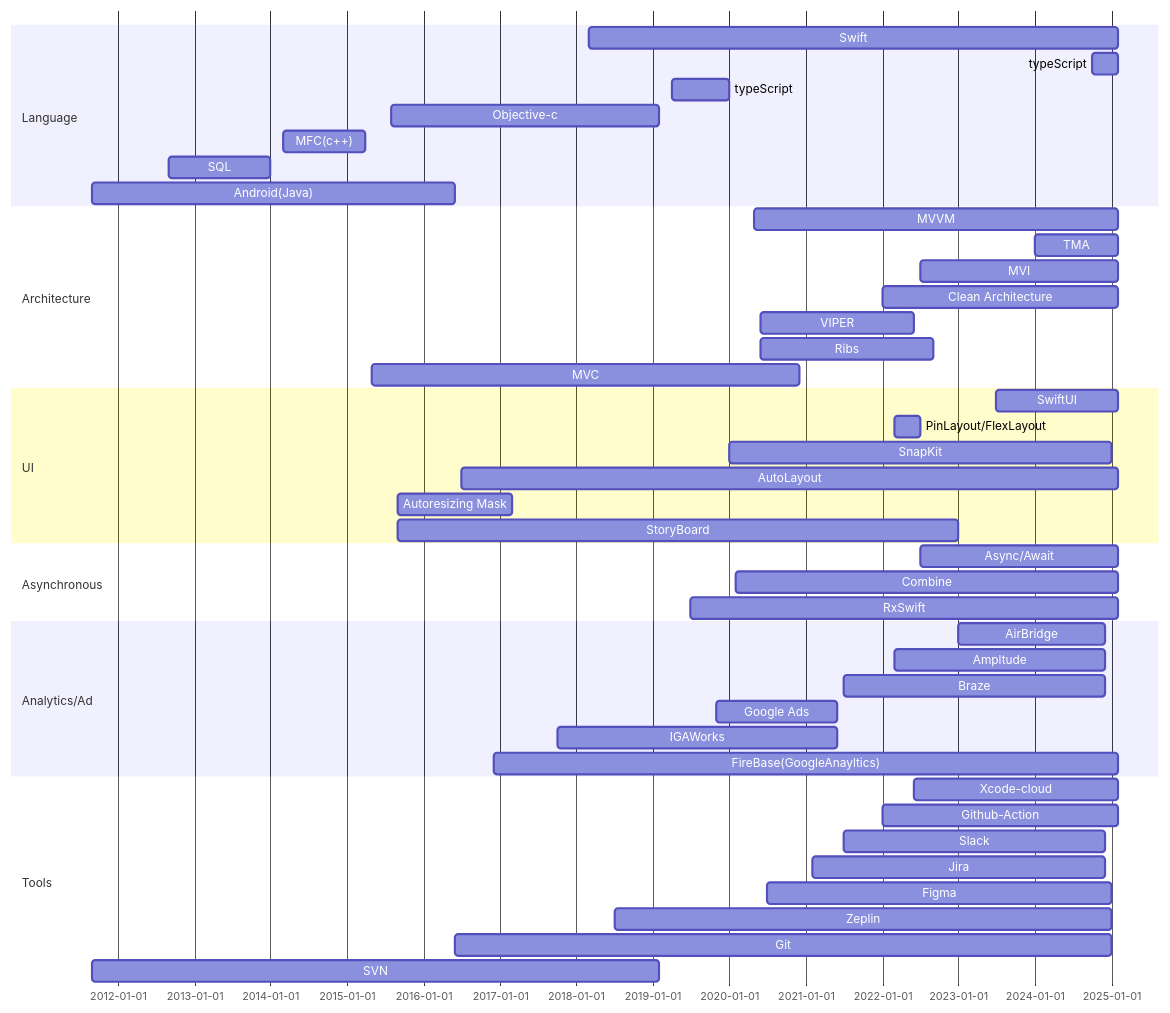
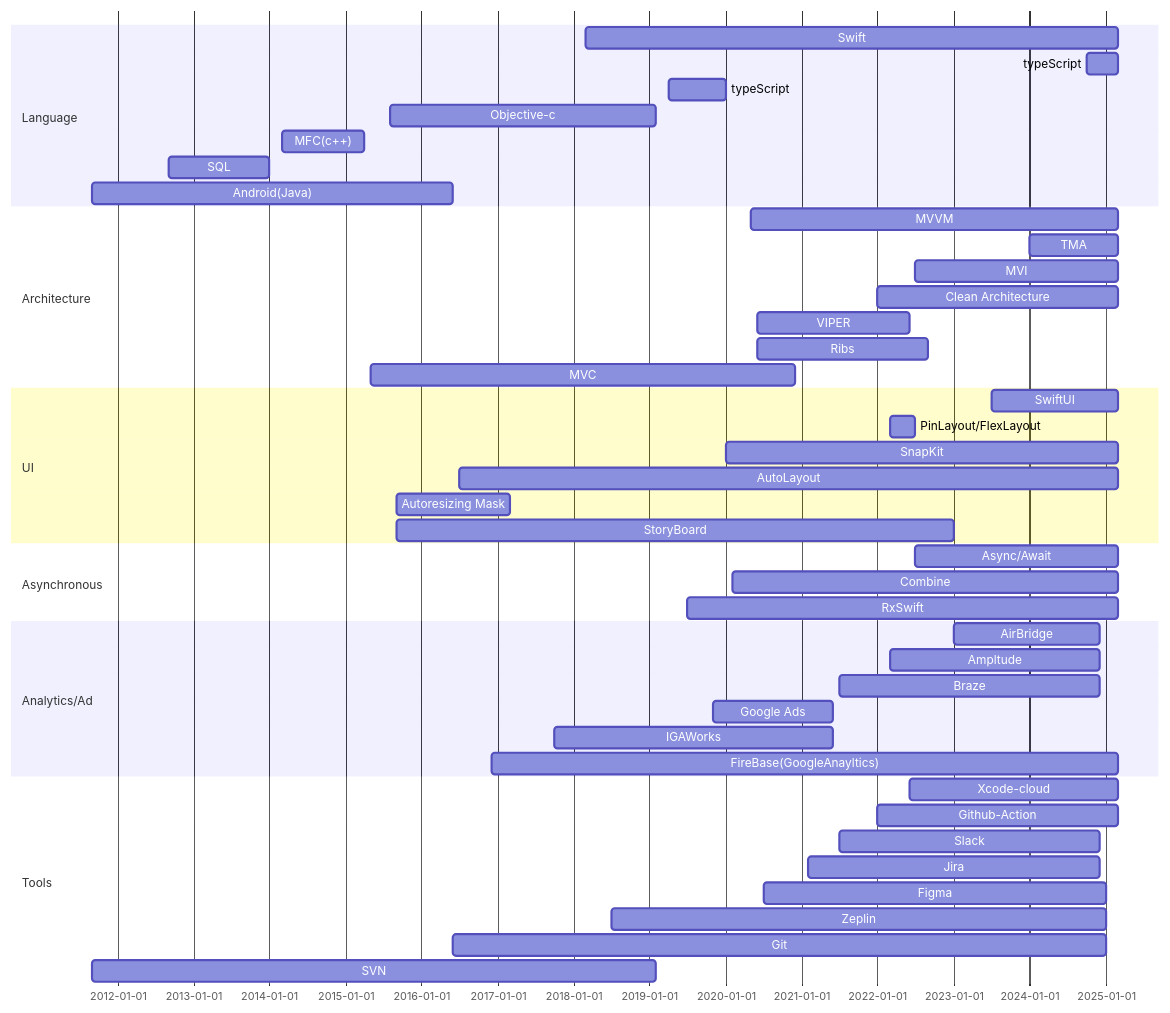
One commit to talq44/resume_portfolio changed the first of 3 diagrams in PORTFOLIO.md. Above: the diagram before and after it, drawn with Mermaid.

````diff
--- a/PORTFOLIO.md
+++ b/PORTFOLIO.md
@@ -23,52 +23,52 @@
 ``` mermaid
 gantt
   dateFormat  YYYY-MM
   section Language
-  Swift :i3, 2018-03, 2025-02
-  typeScript :a1, 2024-10, 2025-02
+  Swift :i3, 2018-03, 2025-03
+  typeScript :a1, 2024-10, 2025-03
   typeScript :a1, 2019-04, 2020-01
   Objective-c :l5, 2015-08, 2019-02
   MFC(c++) :l3, 2014-03, 2015-04
   SQL :l2, 2012-09, 2014-01
   Android(Java) :l1, 2011-09, 2016-06
 
   section Architecture
-  MVVM :a1, 2020-05, 2025-02
-  TMA: a5, 2024-01, 2025-02
-  MVI :a2, 2022-07, 2025-02
-  Clean Architecture :a1, 2022-01, 2025-02
+  MVVM :a1, 2020-05, 2025-03
+  TMA: a5, 2024-01, 2025-03
+  MVI :a2, 2022-07, 2025-03
+  Clean Architecture :a1, 2022-01, 2025-03
   VIPER: a4, 2020-06, 2022-06
   Ribs: a4, 2020-06, 2022-09
   MVC : a3, 2015-05, 2020-12
 
   section UI
-  SwiftUI : c1, 2023-07, 2025-02
+  SwiftUI : c1, 2023-07, 2025-03
   PinLayout/FlexLayout : u3, 2022-03, 2022-07
-  SnapKit : c3, 2020-01, 2025-01
-  AutoLayout : c2, 2016-07, 2025-02
+  SnapKit : c3, 2020-01, 2025-03
+  AutoLayout : c2, 2016-07, 2025-03
   Autoresizing Mask : u2, 2015-09, 2017-03
   StoryBoard : u1, 2015-09, 2023-01
 
   section Asynchronous
-  Async/Await: r3, 2022-07, 2025-02
-  Combine: r2, 2020-02, 2025-02
-  RxSwift: r1, 2019-07, 2025-02
+  Async/Await: r3, 2022-07, 2025-03
+  Combine: r2, 2020-02, 2025-03
+  RxSwift: r1, 2019-07, 2025-03
 
   section Analytics/Ad
   AirBridge : s3, 2023-01, 2024-12
   Ampltude : s2, 2022-03, 2024-12
   Braze : s2, 2021-07, 2024-12
   Google Ads: aa2, 2019-11, 2021-06
   IGAWorks : aa1, 2017-10, 2021-06
-  FireBase(GoogleAnayltics) : s2, 2016-12, 2025-02
+  FireBase(GoogleAnayltics) : s2, 2016-12, 2025-03
 
   section Tools
-  Xcode-cloud: t6, 2022-06, 2025-02
-  Github-Action: t6, 2022-01, 2025-02
+  Xcode-cloud: t6, 2022-06, 2025-03
+  Github-Action: t6, 2022-01, 2025-03
   Slack: t5, 2021-07, 2024-12
   Jira: t4, 2021-02, 2024-12
   Figma: t3, 2020-07, 2025-01
   Zeplin: t2, 2018-07, 2025-01
   Git: t1, 2016-06, 2025-01
   SVN: t0, 2011-09, 2019-02
 ```
````
